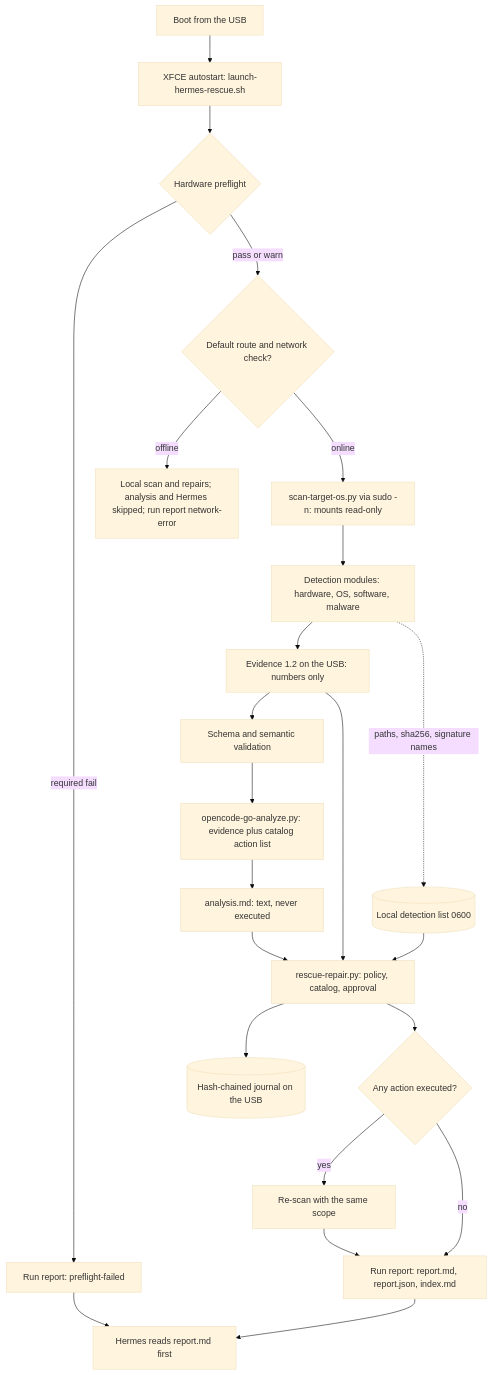
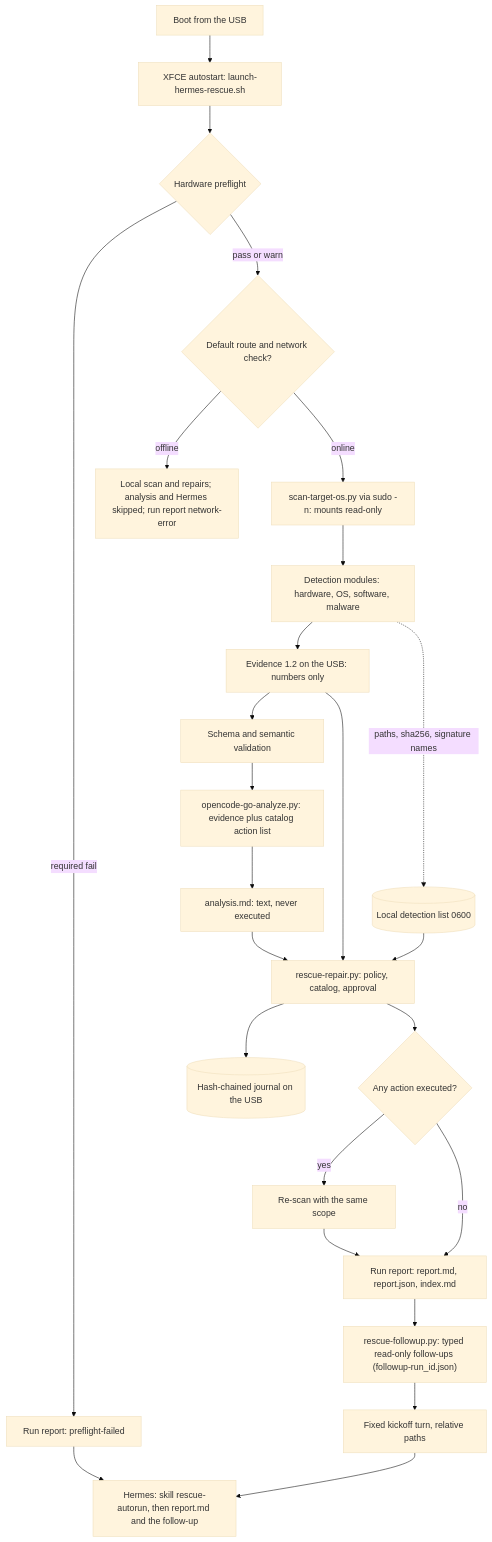
The third of 16 diagrams in docs/design.md (ahliweb/linux-mint-xfce-rescue-ai), drawn with Mermaid (base theme) before and after one commit. The commit also changed other lines of this file and 4 other files, not shown here.

Commit message:
docs: Hermes autorun, follow-up privacy and deny list (#69)

````diff
--- a/docs/design.md
+++ b/docs/design.md
@@ -62,25 +63,27 @@
 ```mermaid
 flowchart TD
     B[Boot from the USB] --> AS[XFCE autostart: launch-hermes-rescue.sh]
     AS --> PF{Hardware preflight}
     PF -- required fail --> RF[Run report: preflight-failed]
     PF -- pass or warn --> NET{Default route and network check?}
     NET -- offline --> OFF[Local scan and repairs; analysis and Hermes skipped; run report network-error]
     NET -- online --> SC["scan-target-os.py via sudo -n: mounts read-only"]
     SC --> MOD[Detection modules: hardware, OS, software, malware]
     MOD --> EV["Evidence 1.2 on the USB: numbers only"]
     MOD -. paths, sha256, signature names .-> DL[("Local detection list 0600")]
     EV --> VAL[Schema and semantic validation]
     VAL --> AN[opencode-go-analyze.py: evidence plus catalog action list]
     AN --> TXT[analysis.md: text, never executed]
     EV --> RE["rescue-repair.py: policy, catalog, approval"]
     TXT --> RE
     DL --> RE
     RE --> JR[("Hash-chained journal on the USB")]
     RE --> RS{Any action executed?}
     RS -- yes --> RS2[Re-scan with the same scope]
     RS -- no --> RP
     RS2 --> RP[Run report: report.md, report.json, index.md]
+    RP --> FU["rescue-followup.py: typed read-only follow-ups (followup-run_id.json)"]
+    FU --> KO["Fixed kickoff turn, relative paths"]
     RF --> HE
-    RP --> HE[Hermes reads report.md first]
+    KO --> HE[Hermes: skill rescue-autorun, then report.md and the follow-up]
 ```
````
